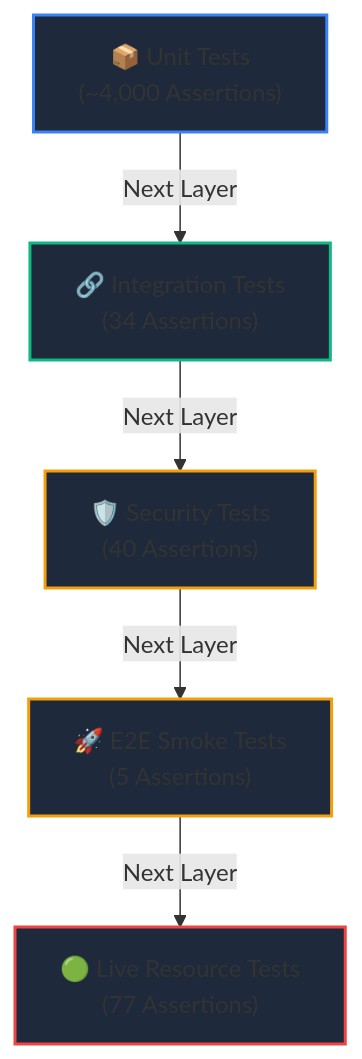
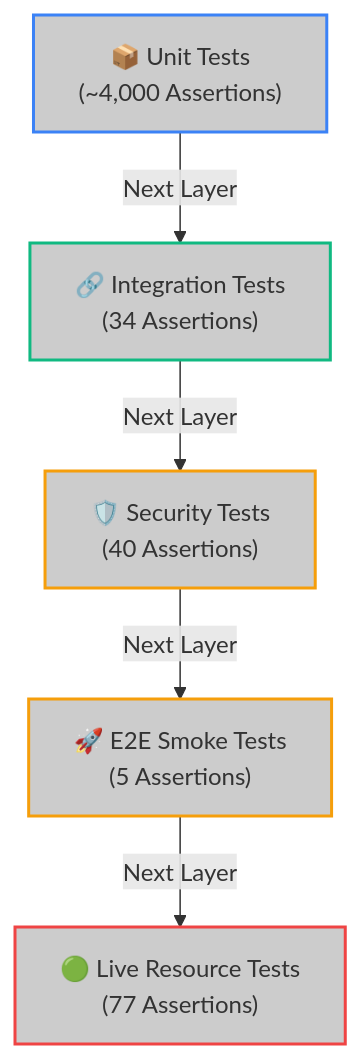
The diagram in docs/devops/development/testing.md (jango-blockchained/hoox-setup), drawn with Mermaid before and after one commit. The commit also changed 38 other files, not shown here.

````diff
--- a/docs/devops/development/testing.md
+++ b/docs/devops/development/testing.md
@@ -16,13 +16,13 @@
 ```mermaid
 graph TD
     UT["📦 Unit Tests<br/>(~4,000 Assertions)"] -->|Next Layer| IT["🔗 Integration Tests<br/>(34 Assertions)"]
     IT -->|Next Layer| ST["🛡️ Security Tests<br/>(40 Assertions)"]
     ST -->|Next Layer| E2E["🚀 E2E Smoke Tests<br/>(5 Assertions)"]
     E2E -->|Next Layer| LT["🟢 Live Resource Tests<br/>(77 Assertions)"]
 
-    style UT fill:#1e293b,stroke:#3b82f6,stroke-width:2
-    style IT fill:#1e293b,stroke:#10b981,stroke-width:2
-    style ST fill:#1e293b,stroke:#f59e0b,stroke-width:2
-    style E2E fill:#1e293b,stroke:#f59e0b,stroke-width:2
-    style LT fill:#1e293b,stroke:#ef4444,stroke-width:2
+    style UT fill:#CCCCCC,stroke:#3b82f6,stroke-width:2
+    style IT fill:#CCCCCC,stroke:#10b981,stroke-width:2
+    style ST fill:#CCCCCC,stroke:#f59e0b,stroke-width:2
+    style E2E fill:#CCCCCC,stroke:#f59e0b,stroke-width:2
+    style LT fill:#CCCCCC,stroke:#ef4444,stroke-width:2
 ```
````
